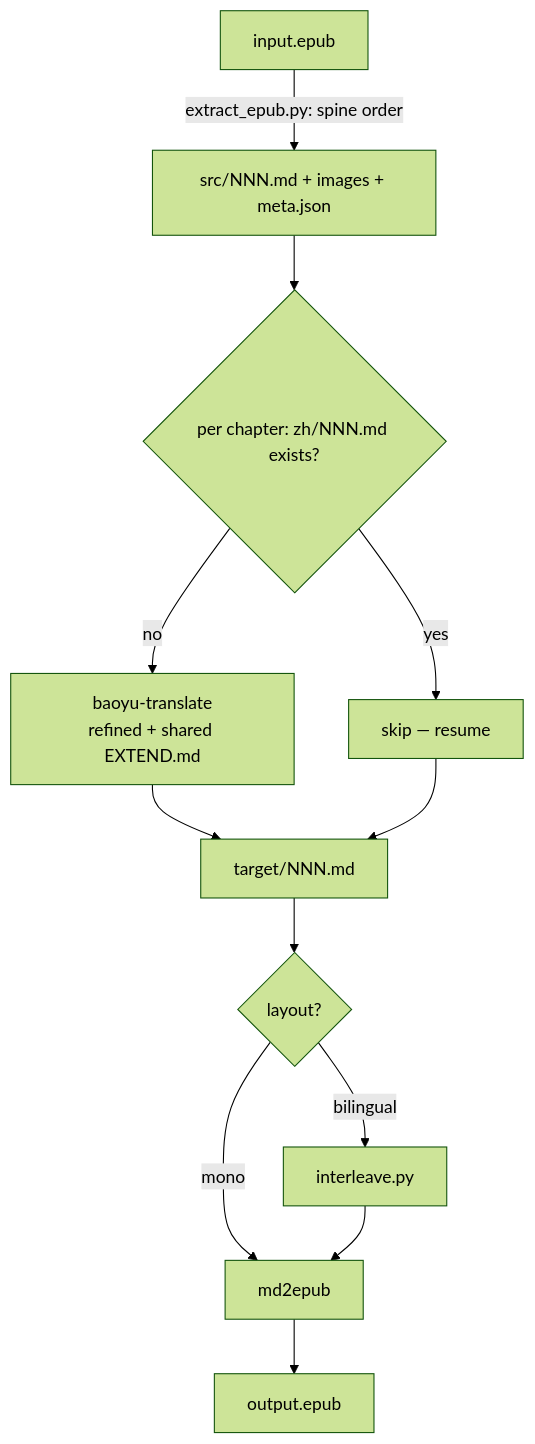
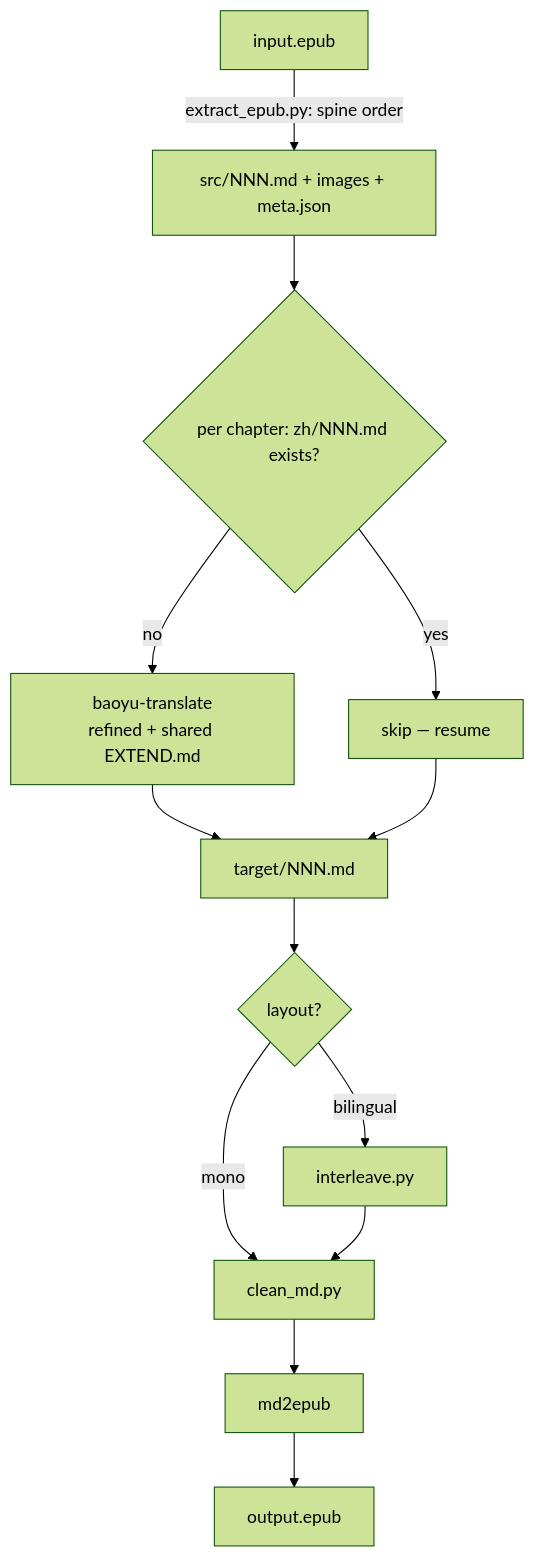
One commit to yuchou87/skills changed the diagram in epub-translate/README.md. Above: the diagram before and after it, drawn with Mermaid (forest theme). The commit also changed other lines of this file and 3 other files, not shown here.

First line of the commit message:
epub-translate: add clean_md.py packaging pass (v1.2.0)

````diff
--- a/epub-translate/README.md
+++ b/epub-translate/README.md
@@ -72,13 +72,14 @@
 ```mermaid
 flowchart TD
     A[input.epub] -->|extract_epub.py: spine order| B[src/NNN.md + images + meta.json]
     B --> C{per chapter: zh/NNN.md exists?}
     C -->|yes| D[skip — resume]
     C -->|no| E[baoyu-translate<br/>refined + shared EXTEND.md]
     E --> F[target/NNN.md]
     D --> F
     F --> G{layout?}
-    G -->|mono| H[md2epub]
-    G -->|bilingual| I[interleave.py] --> H
+    G -->|mono| K[clean_md.py]
+    G -->|bilingual| I[interleave.py] --> K
+    K --> H[md2epub]
     H --> J[output.epub]
 ```
````
